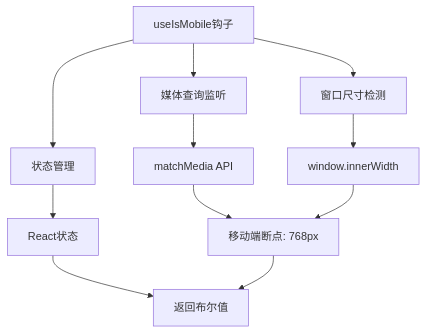
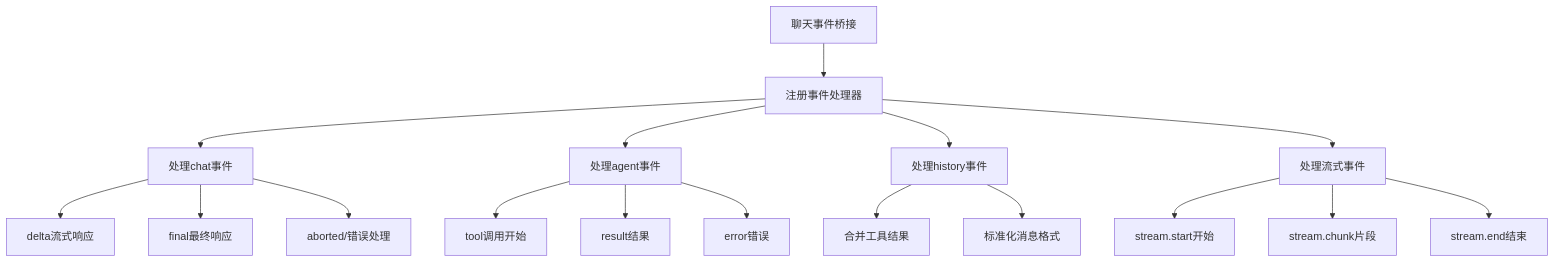
The sixth of 21 diagrams in .qoder/repowiki/zh/content/Web界面/UI组件系统/UI组件系统.md (verse-ai-org/openclaw), drawn with Mermaid before and after one commit. The commit also changed other lines of this file and 75 other files, not shown here.

````diff
--- a/.qoder/repowiki/zh/content/Web界面/UI组件系统/UI组件系统.md
+++ b/.qoder/repowiki/zh/content/Web界面/UI组件系统/UI组件系统.md
@@ -1169,13 +422,19 @@
 ```mermaid
 flowchart TD
-A[useIsMobile钩子] --> B[媒体查询监听]
-A --> C[窗口尺寸检测]
-A --> D[状态管理]
-B --> E[matchMedia API]
-C --> F[window.innerWidth]
-D --> G[React状态]
-E --> H[移动端断点: 768px]
-F --> H
-G --> I[返回布尔值]
-H --> I
+A[聊天事件桥接] --> B[注册事件处理器]
+B --> C[处理chat事件]
+B --> D[处理agent事件]
+B --> E[处理history事件]
+B --> F[处理流式事件]
+C --> G[delta流式响应]
+C --> H[final最终响应]
+C --> I[aborted/错误处理]
+D --> J[tool调用开始]
+D --> K[result结果]
+D --> L[error错误]
+E --> M[合并工具结果]
+E --> N[标准化消息格式]
+F --> O[stream.start开始]
+F --> P[stream.chunk片段]
+F --> Q[stream.end结束]
 ```
````
